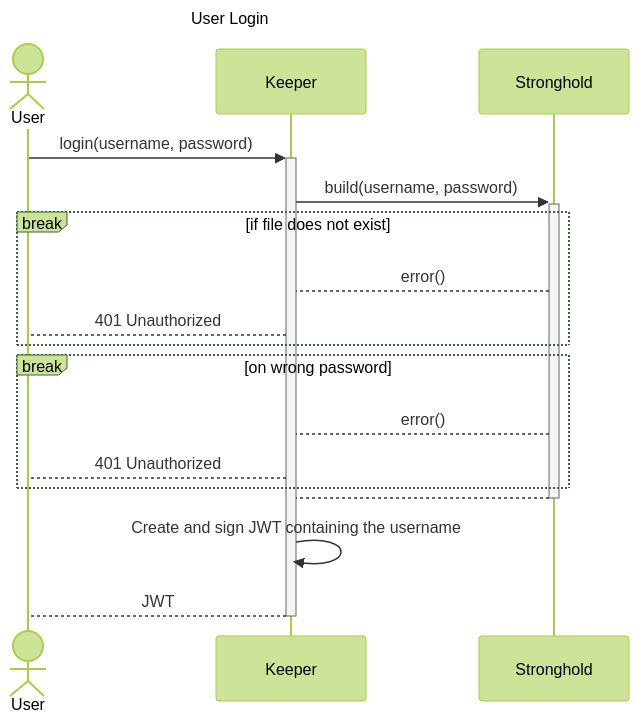
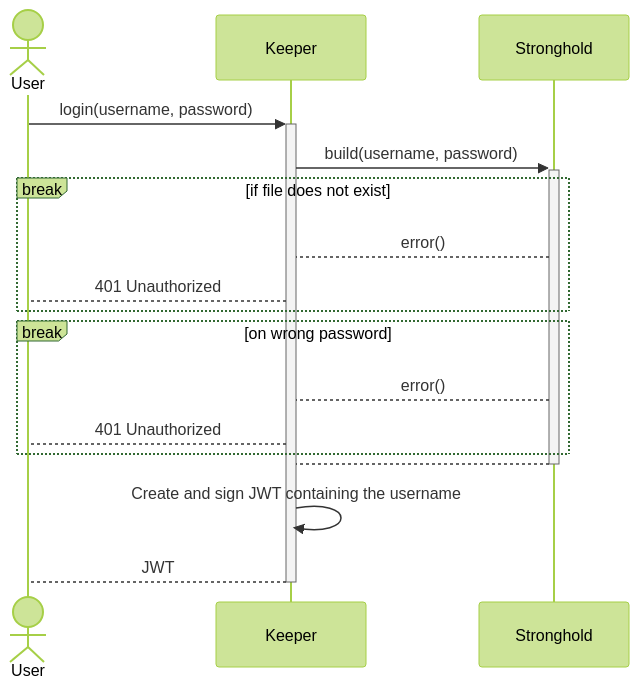
One commit to kkmarv/IOTA-Digital-Student-ID changed the second of 3 diagrams in keeper/README.md. Above: the diagram before and after it, drawn with Mermaid (forest theme). The commit also changed other lines of this file and 2 other files, not shown here.

Commit message:
remove mermaid header for version compatibility

````diff
--- a/keeper/README.md
+++ b/keeper/README.md
@@ -43,23 +43,23 @@
 ```mermaid
----
-title: User Login
----
+%%---
+%%title: User Login
+%%---
 sequenceDiagram
    actor U as User
     participant K as Keeper
     participant S as Stronghold
 
     U->>+K: login(username, password)
     K->>+S: build(username, password)
     break if file does not exist
         S-->K: error()
         K-->U: 401 Unauthorized
     end
     break on wrong password
         S-->K: error()
         K-->U: 401 Unauthorized
     end
     S-->-K: 
     K->>K: Create and sign JWT containing the username
     K-->-U: JWT
 ```
````
